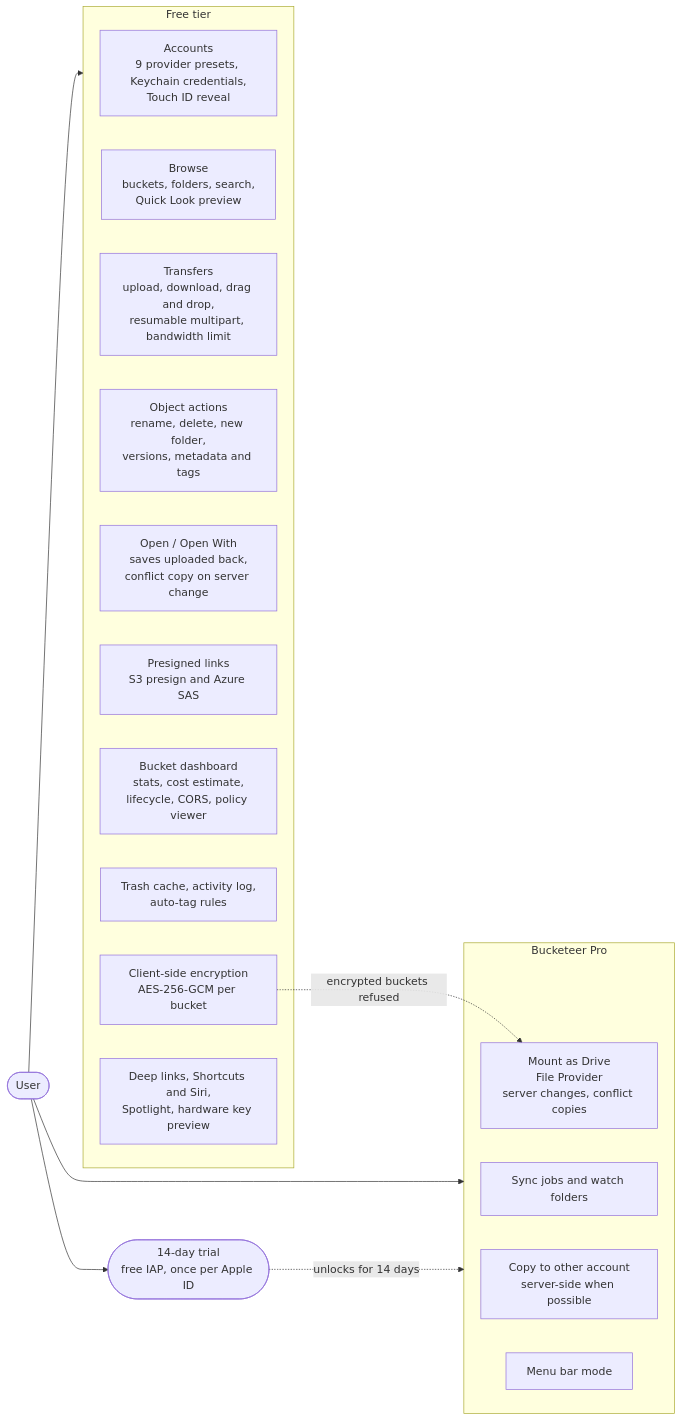
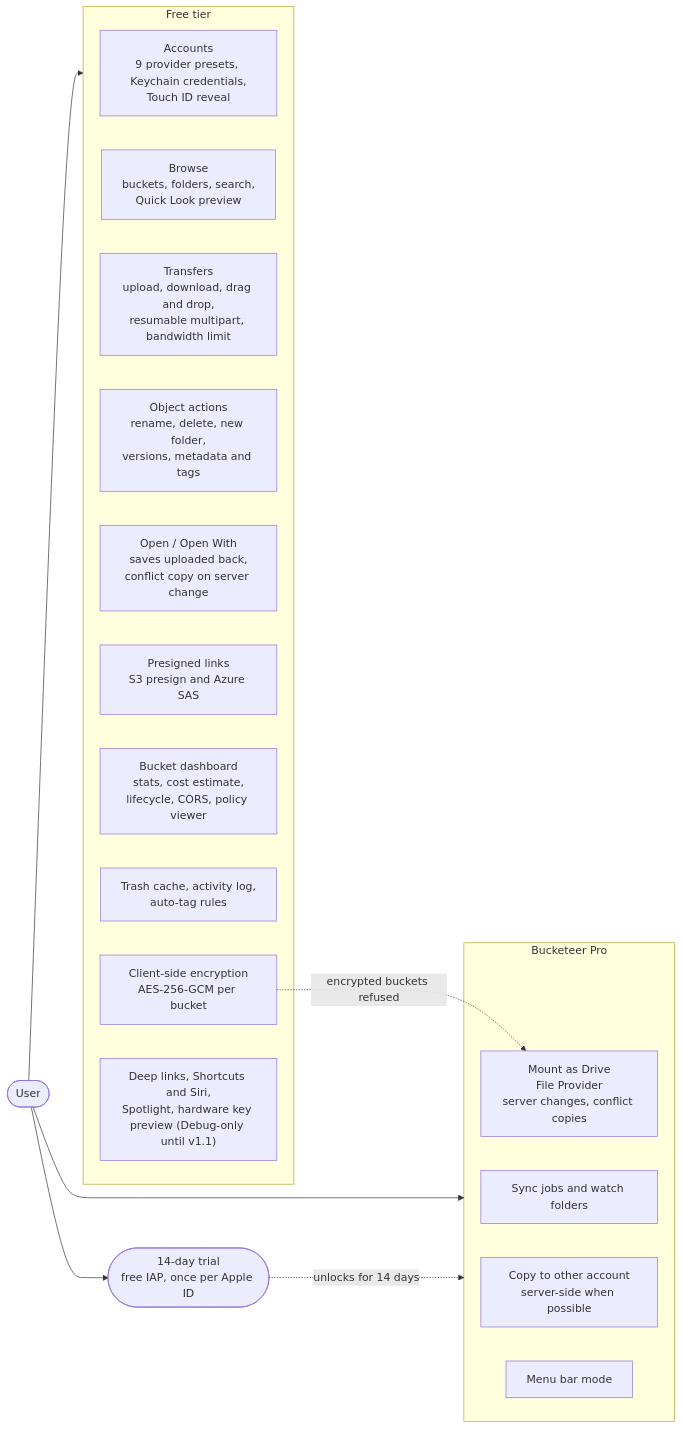
Before and after one commit to digitalfreedom-co-za/bucketeer: the first of 20 diagrams in docs/ARCHITECTURE.md, drawn with Mermaid. The commit also changed other lines of this file and 6 other files, not shown here.

First line of the commit message:
Hide hardware key technical preview from Release builds

````diff
--- a/docs/ARCHITECTURE.md
+++ b/docs/ARCHITECTURE.md
@@ -19,32 +19,32 @@
 ```mermaid
 flowchart LR
     User(["User"])
 
     subgraph Free["Free tier"]
         Accounts["Accounts<br/>9 provider presets, Keychain credentials,<br/>Touch ID reveal"]
         Browse["Browse<br/>buckets, folders, search,<br/>Quick Look preview"]
         Transfer["Transfers<br/>upload, download, drag and drop,<br/>resumable multipart, bandwidth limit"]
         Objects["Object actions<br/>rename, delete, new folder,<br/>versions, metadata and tags"]
         OpenWith["Open / Open With<br/>saves uploaded back,<br/>conflict copy on server change"]
         Share["Presigned links<br/>S3 presign and Azure SAS"]
         Insight["Bucket dashboard<br/>stats, cost estimate,<br/>lifecycle, CORS, policy viewer"]
         Safety["Trash cache, activity log,<br/>auto-tag rules"]
         CSE["Client-side encryption<br/>AES-256-GCM per bucket"]
-        System["Deep links, Shortcuts and Siri,<br/>Spotlight, hardware key preview"]
+        System["Deep links, Shortcuts and Siri,<br/>Spotlight, hardware key preview (Debug-only until v1.1)"]
     end
 
     subgraph Pro["Bucketeer Pro"]
         Mount["Mount as Drive<br/>File Provider<br/>server changes, conflict copies"]
         Sync["Sync jobs and watch folders"]
         Cross["Copy to other account<br/>server-side when possible"]
         Menubar["Menu bar mode"]
     end
 
     Trial(["14-day trial<br/>free IAP, once per Apple ID"])
 
     User --> Free
     User --> Pro
     User --> Trial
     Trial -.->|"unlocks for 14 days"| Pro
     CSE -.->|"encrypted buckets refused"| Mount
 ```
````
